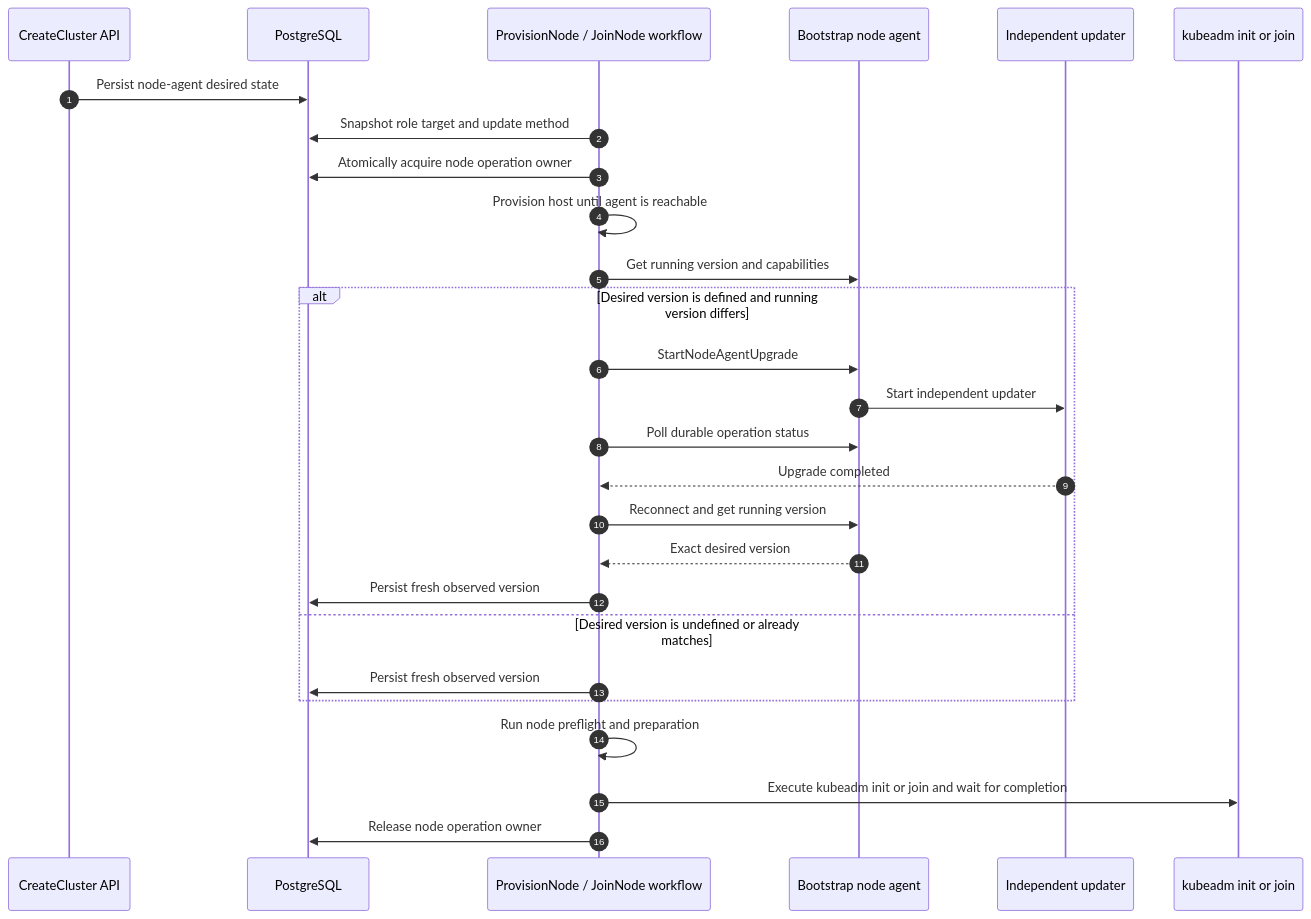
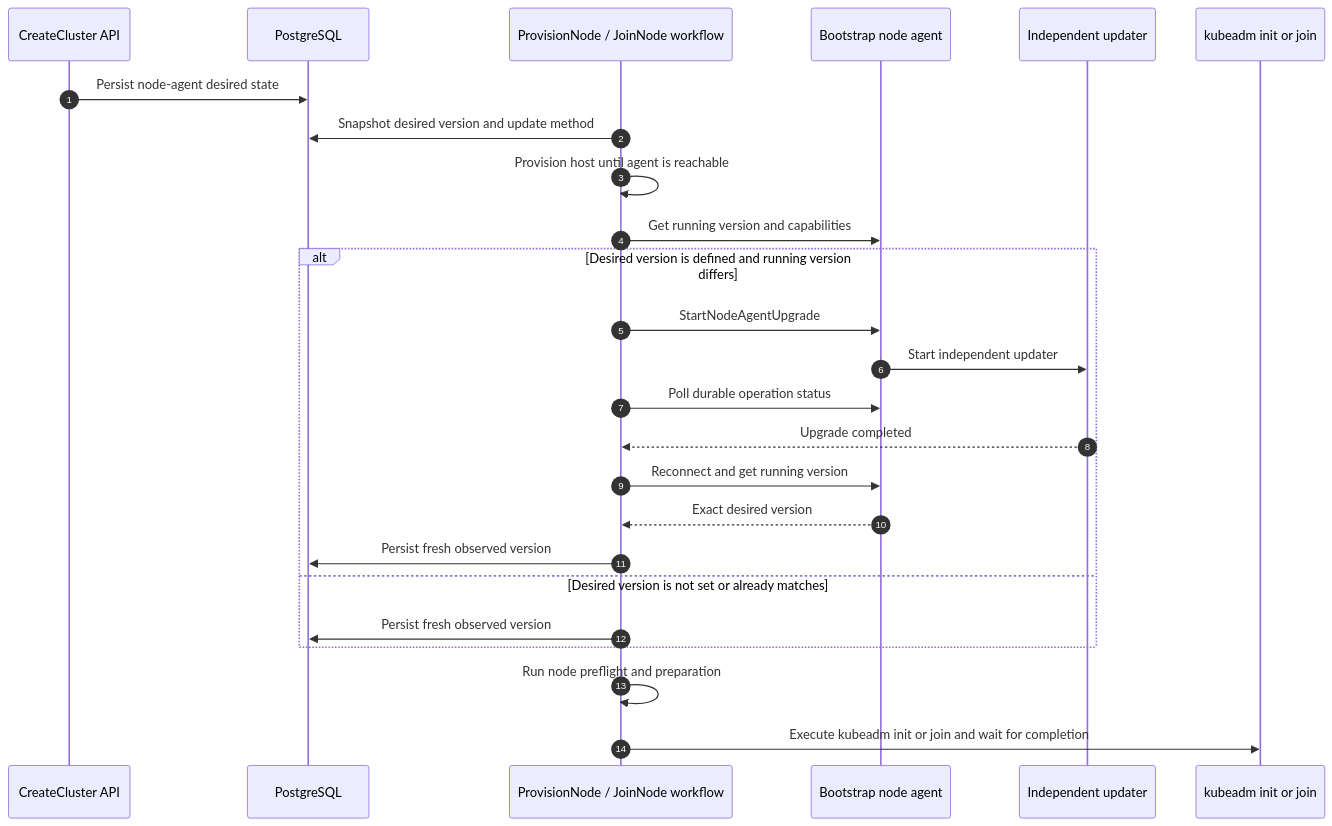
One commit to dsx-ai-factory/nvke changed the first of 2 diagrams in agent/docs/in-place-update/controller-driven-desired-state-design.md. Above: the diagram before and after it, drawn with Mermaid. The commit also changed other lines of this file, not shown here.

Commit message:
docs(agent): refine desired state rollout design

````diff
--- a/agent/docs/in-place-update/controller-driven-desired-state-design.md
+++ b/agent/docs/in-place-update/controller-driven-desired-state-design.md
@@ -148,32 +145,30 @@
 ```mermaid
 sequenceDiagram
     autonumber
     participant API as CreateCluster API
     participant DB as PostgreSQL
     participant Lifecycle as ProvisionNode / JoinNode workflow
     participant Agent as Bootstrap node agent
     participant Updater as Independent updater
     participant Kubeadm as kubeadm init or join
 
     API->>DB: Persist node-agent desired state
-    Lifecycle->>DB: Snapshot role target and update method
-    Lifecycle->>DB: Atomically acquire node operation owner
+    Lifecycle->>DB: Snapshot desired version and update method
     Lifecycle->>Lifecycle: Provision host until agent is reachable
     Lifecycle->>Agent: Get running version and capabilities
 
     alt Desired version is defined and running version differs
         Lifecycle->>Agent: StartNodeAgentUpgrade
         Agent->>Updater: Start independent updater
         Lifecycle->>Agent: Poll durable operation status
         Updater-->>Lifecycle: Upgrade completed
         Lifecycle->>Agent: Reconnect and get running version
         Agent-->>Lifecycle: Exact desired version
         Lifecycle->>DB: Persist fresh observed version
-    else Desired version is undefined or already matches
+    else Desired version is not set or already matches
         Lifecycle->>DB: Persist fresh observed version
     end
 
     Lifecycle->>Lifecycle: Run node preflight and preparation
     Lifecycle->>Kubeadm: Execute kubeadm init or join and wait for completion
-    Lifecycle->>DB: Release node operation owner
 ```
````
